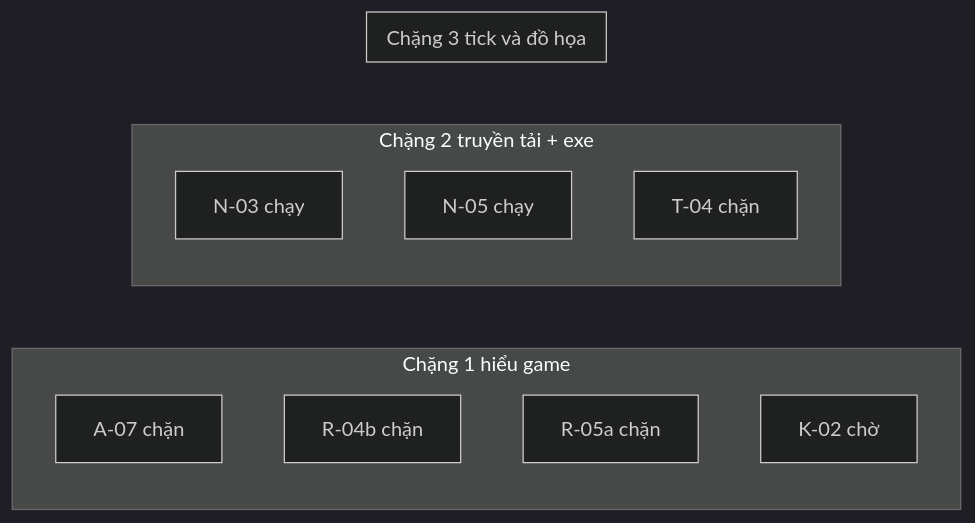
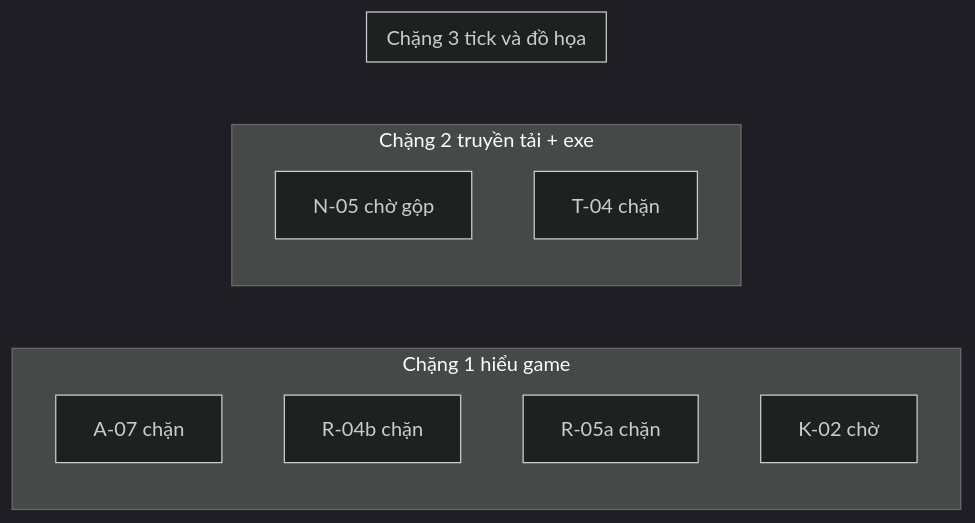
The diagram in JX1_OPS/STATE/TIEN-DO.md (ndtangoss-dev/jx1-reports), drawn with Mermaid (dark theme) before and after one commit. The commit also changed other lines of this file and 3 other files, not shown here.

````diff
--- a/JX1_OPS/STATE/TIEN-DO.md
+++ b/JX1_OPS/STATE/TIEN-DO.md
@@ -9,16 +9,15 @@
 ```mermaid
 flowchart LR
   subgraph S1["Chặng 1 hiểu game"]
     A_07["A-07 chặn"]
     R_04b["R-04b chặn"]
     R_05a["R-05a chặn"]
     K_02["K-02 chờ"]
   end
   subgraph S2["Chặng 2 truyền tải + exe"]
-    N_03["N-03 chạy"]
-    N_05["N-05 chạy"]
+    N_05["N-05 chờ gộp"]
     T_04["T-04 chặn"]
   end
   subgraph S3["Chặng 3 tick và đồ họa"]
   end
 ```
````
